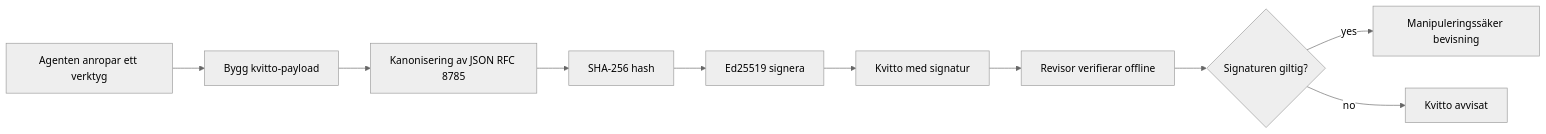
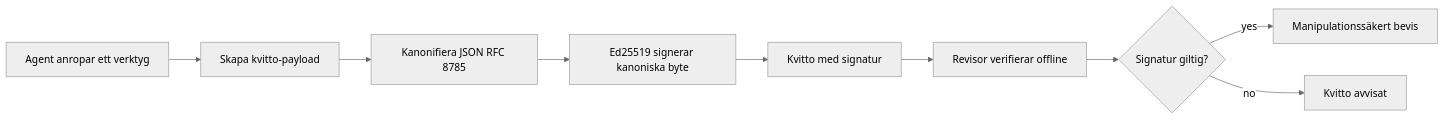
One commit to microsoft/ai-agents-for-beginners changed the first of 2 diagrams in translations/sv/18-securing-ai-agents/README.md. Above: the diagram before and after it, drawn with Mermaid (neutral theme). The commit also changed other lines of this file and 46 other files, not shown here.

````diff
--- a/translations/sv/18-securing-ai-agents/README.md
+++ b/translations/sv/18-securing-ai-agents/README.md
@@ -51,12 +51,11 @@
 ```mermaid
 flowchart LR
-    A[Agenten anropar ett verktyg] --> B[Bygg kvitto-payload]
-    B --> C[Kanonisering av JSON RFC 8785]
-    C --> D[SHA-256 hash]
-    D --> E[Ed25519 signera]
+    A[Agent anropar ett verktyg] --> B[Skapa kvitto-payload]
+    B --> C[Kanonifiera JSON RFC 8785]
+    C --> E[Ed25519 signerar kanoniska byte]
     E --> F[Kvitto med signatur]
     F --> G[Revisor verifierar offline]
-    G --> H{Signaturen giltig?}
-    H -- yes --> I[Manipuleringssäker bevisning]
+    G --> H{Signatur giltig?}
+    H -- yes --> I[Manipulationssäkert bevis]
     H -- no --> J[Kvitto avvisat]
 ```
````
